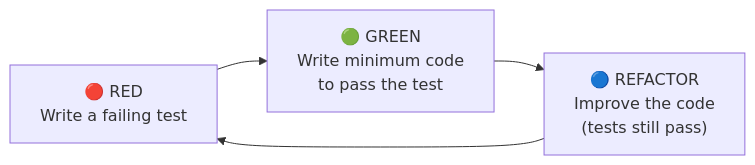
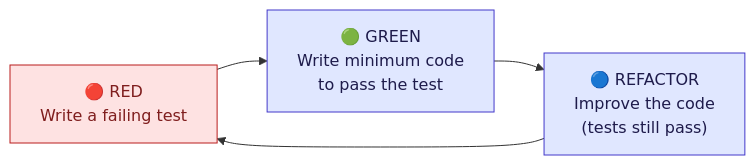
One commit to ghanendra-sdet/manual-testing-playbook changed the eighth of 10 diagrams in Part_09_Agile_Testing.md. Above: the diagram before and after it, drawn with Mermaid. The commit also changed other lines of this file and 15 other files, not shown here.

Commit message:
Fix broken routes and anchors; update OWASP 2025, ISTQB v4.0, WCAG 2.2, Jira/Zephyr naming and pricing; style diagrams

````diff
--- a/Part_09_Agile_Testing.md
+++ b/Part_09_Agile_Testing.md
@@ -1509,6 +1552,14 @@
 ```mermaid
 graph LR
     A["🔴 RED<br/>Write a failing test"] --> B["🟢 GREEN<br/>Write minimum code<br/>to pass the test"]
     B --> C["🔵 REFACTOR<br/>Improve the code<br/>(tests still pass)"]
     C --> A
+
+    classDef start fill:#dbeafe,stroke:#1d4ed8,color:#1e3a8a
+    classDef step fill:#e0e7ff,stroke:#4338ca,color:#1e1b4b
+    classDef decision fill:#fef3c7,stroke:#b45309,color:#78350f
+    classDef good fill:#dcfce7,stroke:#15803d,color:#14532d
+    classDef bad fill:#fee2e2,stroke:#b91c1c,color:#7f1d1d
+    class A bad
+    class B,C step
 ```
````
